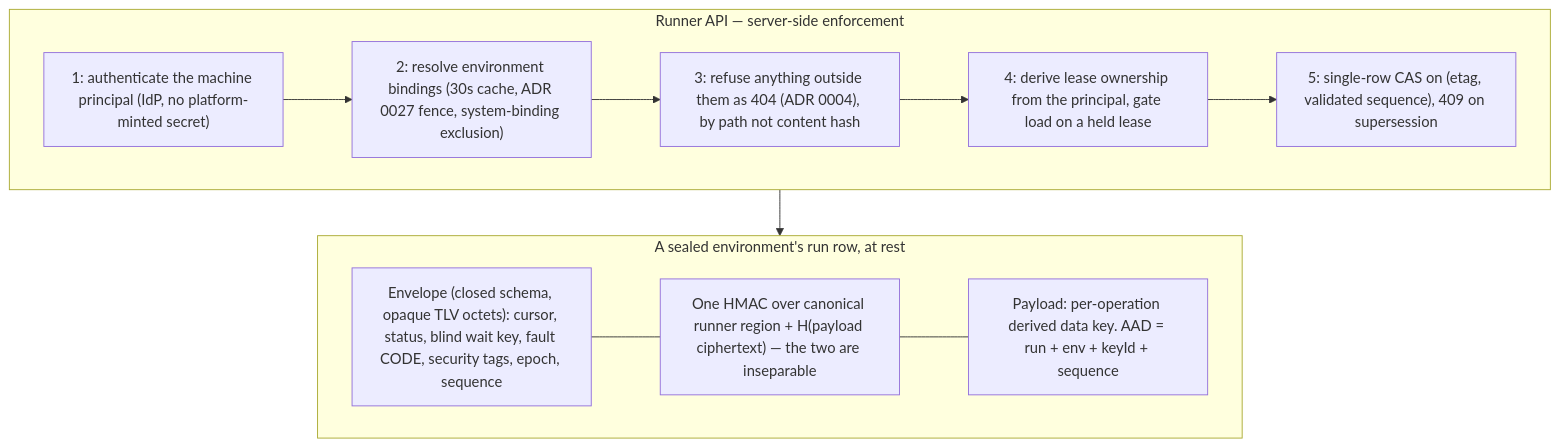
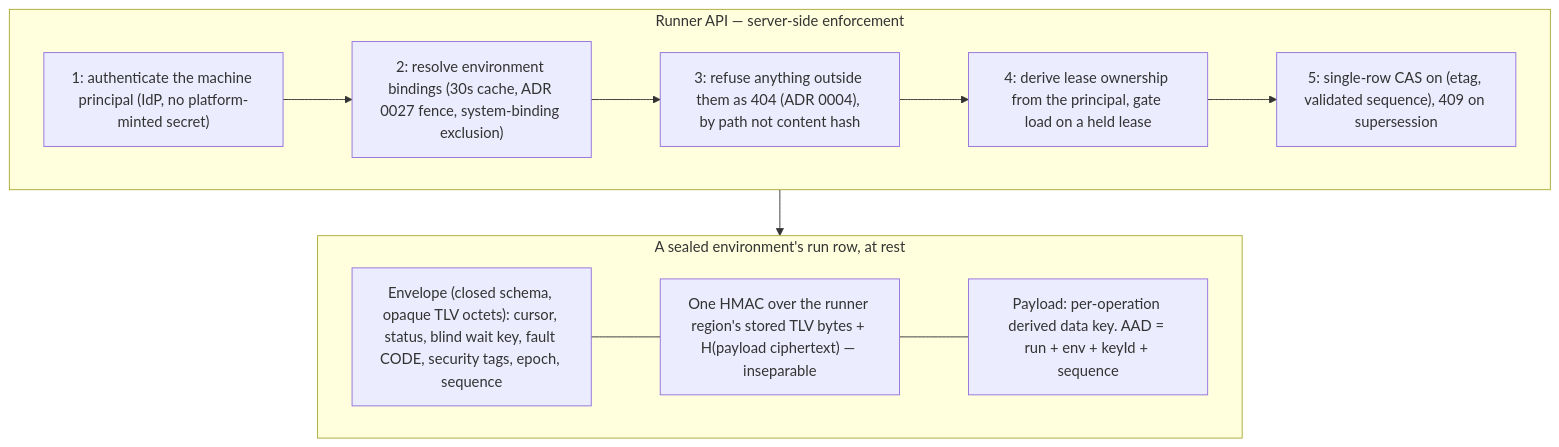
One commit to corvus-dotnet/Corvus.JsonSchema changed the second of 3 diagrams in docs/arazzo/adr/0065-control-plane-owns-store-runners-encrypt-payload.md. Above: the diagram before and after it, drawn with Mermaid. The commit also changed other lines of this file and 1 other file, not shown here.

````diff
--- a/docs/arazzo/adr/0065-control-plane-owns-store-runners-encrypt-payload.md
+++ b/docs/arazzo/adr/0065-control-plane-owns-store-runners-encrypt-payload.md
@@ -142,18 +152,18 @@
 ```mermaid
 flowchart TB
   subgraph RAPI["Runner API — server-side enforcement"]
     AUTH["1: authenticate the machine principal (IdP, no platform-minted secret)"]
     BIND["2: resolve environment bindings (30s cache, ADR 0027 fence, system-binding exclusion)"]
     SCOPE["3: refuse anything outside them as 404 (ADR 0004), by path not content hash"]
     LEASE["4: derive lease ownership from the principal, gate load on a held lease"]
     CAS["5: single-row CAS on (etag, validated sequence), 409 on supersession"]
     AUTH --> BIND --> SCOPE --> LEASE --> CAS
   end
   subgraph ROW["A sealed environment's run row, at rest"]
     ENV["Envelope (closed schema, opaque TLV octets): cursor, status, blind wait key, fault CODE, security tags, epoch, sequence"]
-    MAC["One HMAC over canonical runner region + H(payload ciphertext) — the two are inseparable"]
+    MAC["One HMAC over the runner region's stored TLV bytes + H(payload ciphertext) — inseparable"]
     PAY["Payload: per-operation derived data key. AAD = run + env + keyId + sequence"]
     ENV --- MAC --- PAY
   end
   RAPI --> ROW
 ```
````
